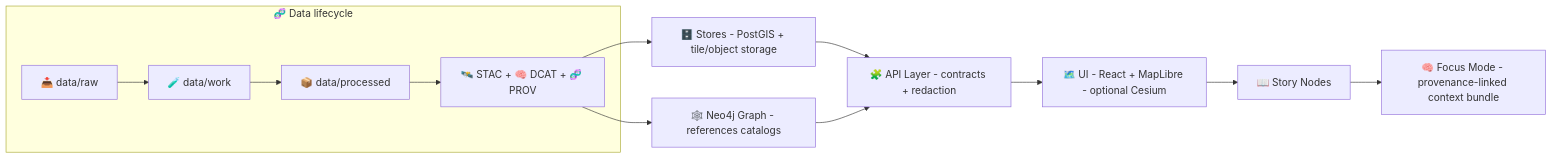
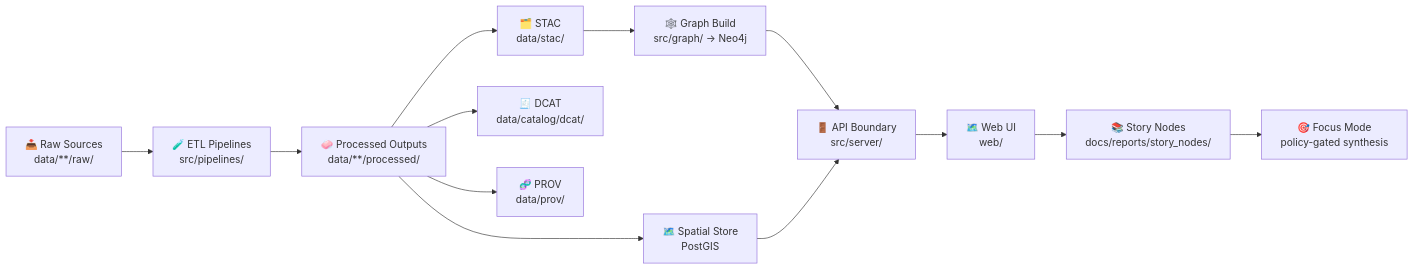
Before and after one commit to bartytime4life/Kansas-Frontier-Matrix: the first of 2 diagrams in docs/architecture/README.md, drawn with Mermaid. The commit also changed other lines of this file, not shown here.

````diff
--- a/docs/architecture/README.md
+++ b/docs/architecture/README.md
@@ -244,16 +50,19 @@
-~~~mermaid
+```mermaid
 flowchart LR
-  subgraph Data["🧬 Data lifecycle"]
-    A["📥 data/raw"] --> B["🧪 data/work"];
-    B --> C["📦 data/processed"];
-    C --> D["🛰️ STAC + 🧠 DCAT + 🧬 PROV"];
-  end;
+  A["📥 Raw Sources<br/>data/**/raw/"] --> B["🧪 ETL Pipelines<br/>src/pipelines/"]
+  B --> C["🧼 Processed Outputs<br/>data/**/processed/"]
 
-  D --> E["🗄️ Stores - PostGIS + tile/object storage"];
-  D --> F["🕸️ Neo4j Graph - references catalogs"];
-  E --> G["🧩 API Layer - contracts + redaction"];
-  F --> G;
-  G --> H["🗺️ UI - React + MapLibre - optional Cesium"];
-  H --> I["📖 Story Nodes"];
-  I --> J["🧠 Focus Mode - provenance-linked context bundle"];
-~~~
+  C --> D["🗂️ STAC<br/>data/stac/"]
+  C --> E["🧾 DCAT<br/>data/catalog/dcat/"]
+  C --> F["🧬 PROV<br/>data/prov/"]
+
+  D --> G["🕸️ Graph Build<br/>src/graph/ → Neo4j"]
+  C --> H["🗺️ Spatial Store<br/>PostGIS"]
+
+  G --> I["🚪 API Boundary<br/>src/server/"]
+  H --> I
+
+  I --> J["🗺️ Web UI<br/>web/"]
+  J --> K["📚 Story Nodes<br/>docs/reports/story_nodes/"]
+  K --> L["🎯 Focus Mode<br/>policy-gated synthesis"]
+```
````
